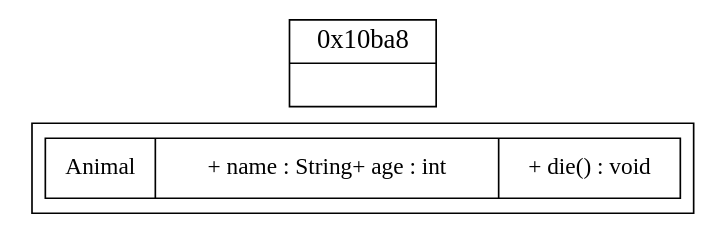
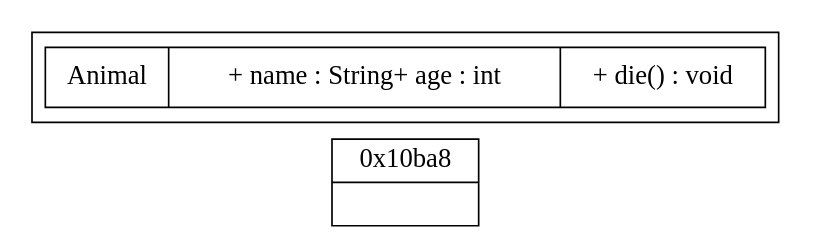
Before and after one commit to sisyphus1212/note: the diagram in dpdk/内存管理.md, drawn with Graphviz. The commit also changed other lines of this file, not shown here.

Commit message:
auto_update

````diff
--- a/dpdk/内存管理.md
+++ b/dpdk/内存管理.md
@@ -79,17 +16,16 @@
 ```graphviz
 digraph g {
 	rankdir=LR;
-	Animal[label = "{Animal | + name : String+ age : int |+ die() : void}", shape = "record" ];
 	node [
 	fontsize = "16"
 	shape = "ellipse"
 	];
 	"node0" [
 		label = "<f0> 0x10ba8| <f1>"
 		shape = "record"
 	];
 	subgraph cluster_0 {
 		Animal[label = "{Animal | + name : String+ age : int |+ die() : void}", shape = "record" ];
 	}
 }
 ```
````
